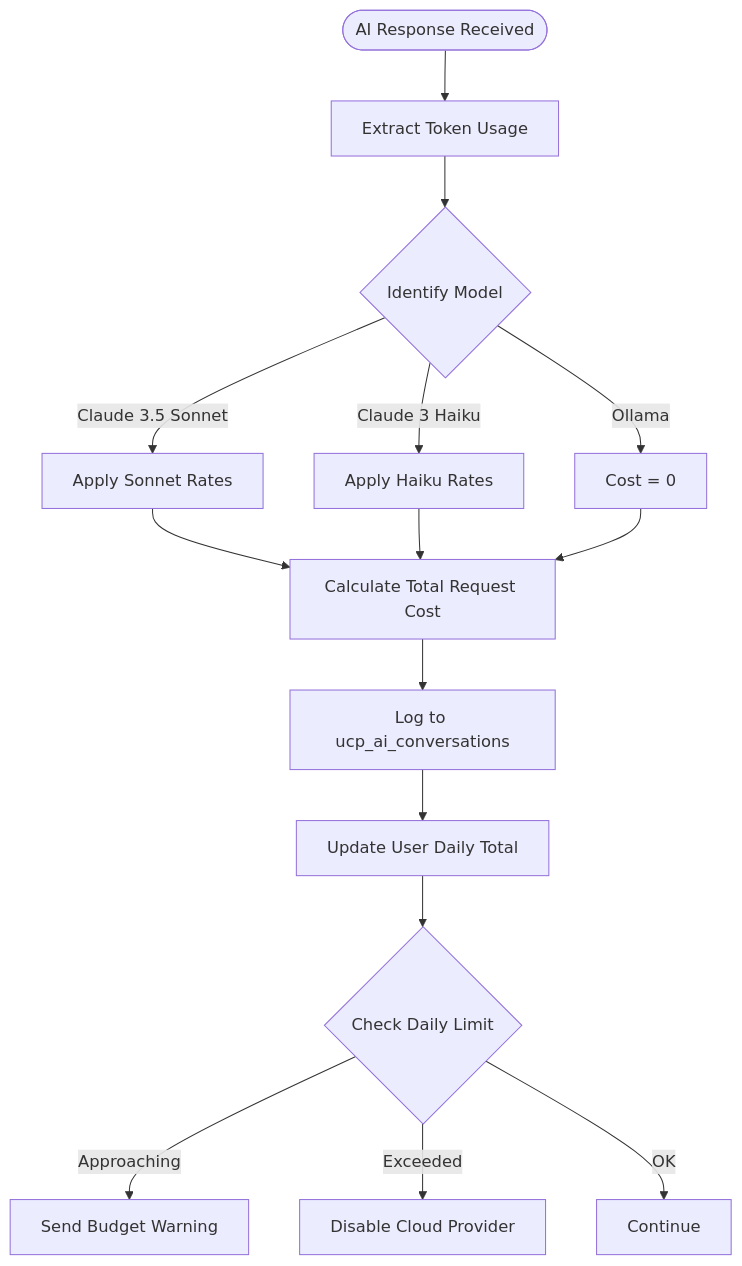
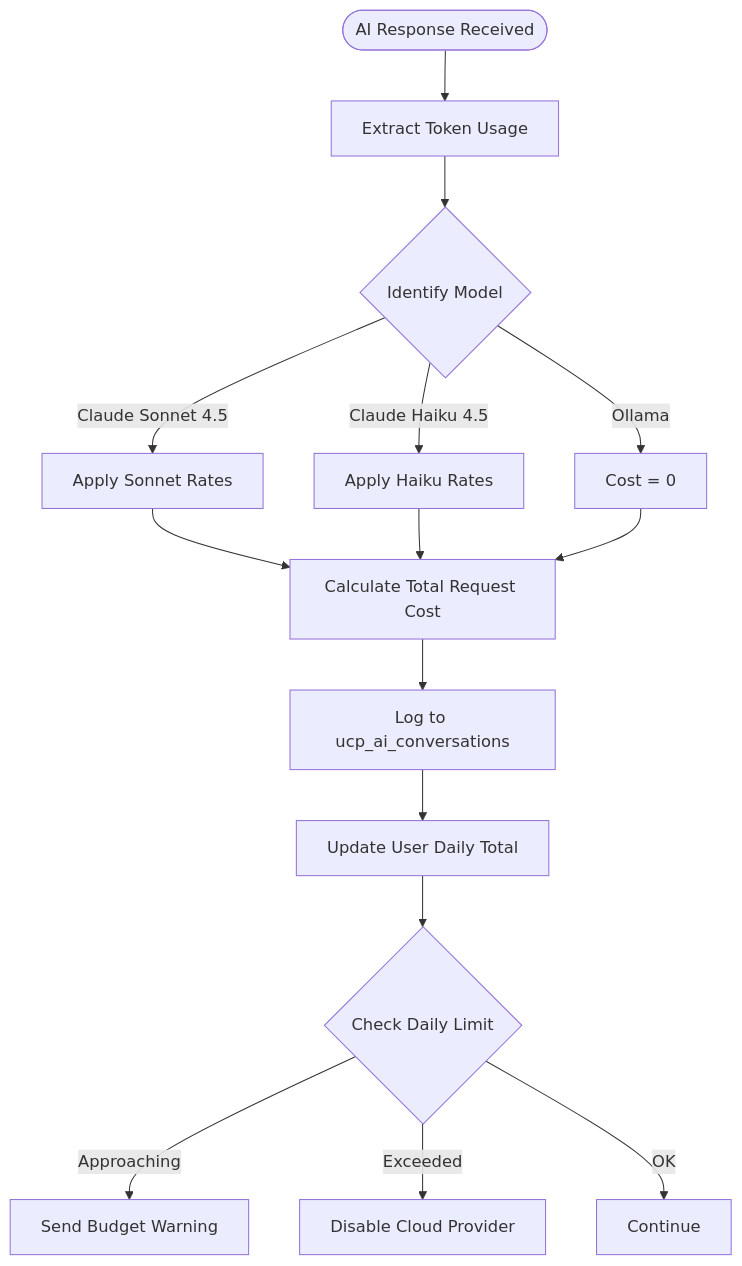
The fifth of 7 diagrams in docs/01-flows/FLOW-006_AI_Advisory_System.md (exatfrds67/umamusume-career-planner), drawn with Mermaid before and after one commit. The commit also changed other lines of this file and 111 other files, not shown here.

````diff
--- a/docs/01-flows/FLOW-006_AI_Advisory_System.md
+++ b/docs/01-flows/FLOW-006_AI_Advisory_System.md
@@ -170,23 +176,23 @@
 ```mermaid
 flowchart TD
     Start([AI Response Received]) --> ExtractUsage[Extract Token Usage]
     
     ExtractUsage --> IdentifyModel{Identify Model}
     
-    IdentifyModel -->|Claude 3.5 Sonnet| CalcSonnet[Apply Sonnet Rates]
-    IdentifyModel -->|Claude 3 Haiku| CalcHaiku[Apply Haiku Rates]
+    IdentifyModel -->|Claude Sonnet 4.5| CalcSonnet[Apply Sonnet Rates]
+    IdentifyModel -->|Claude Haiku 4.5| CalcHaiku[Apply Haiku Rates]
     IdentifyModel -->|Ollama| CalcLocal[Cost = 0]
     
     CalcSonnet --> TotalCost[Calculate Total Request Cost]
     CalcHaiku --> TotalCost
     CalcLocal --> TotalCost
     
     TotalCost --> LogTransaction[Log to ucp_ai_conversations]
     LogTransaction --> Aggregator[Update User Daily Total]
     
     Aggregator --> CheckLimit{Check Daily Limit}
     
     CheckLimit -->|Approaching| SendWarning[Send Budget Warning]
     CheckLimit -->|Exceeded| BlockCloud[Disable Cloud Provider]
     CheckLimit -->|OK| Continue
 ```
````
